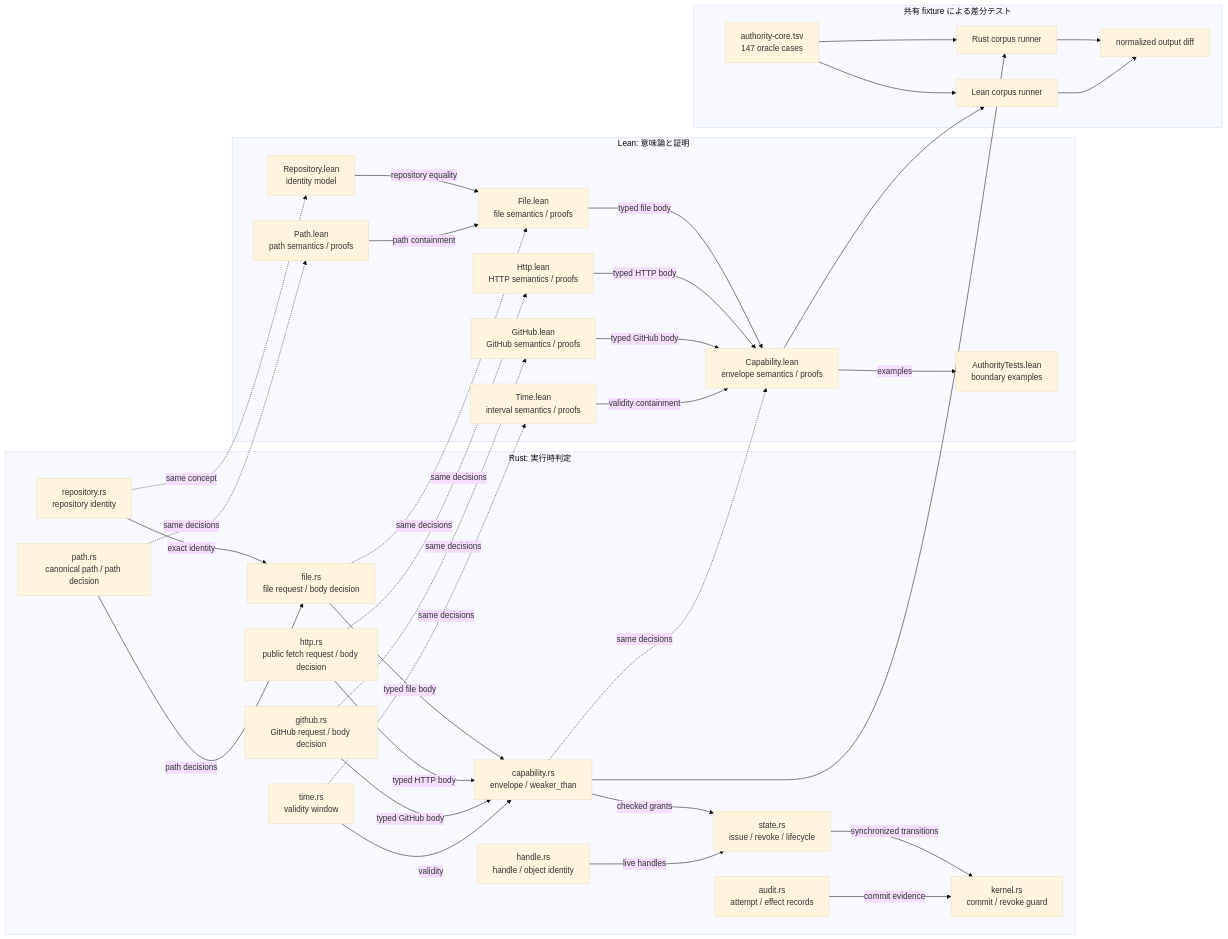
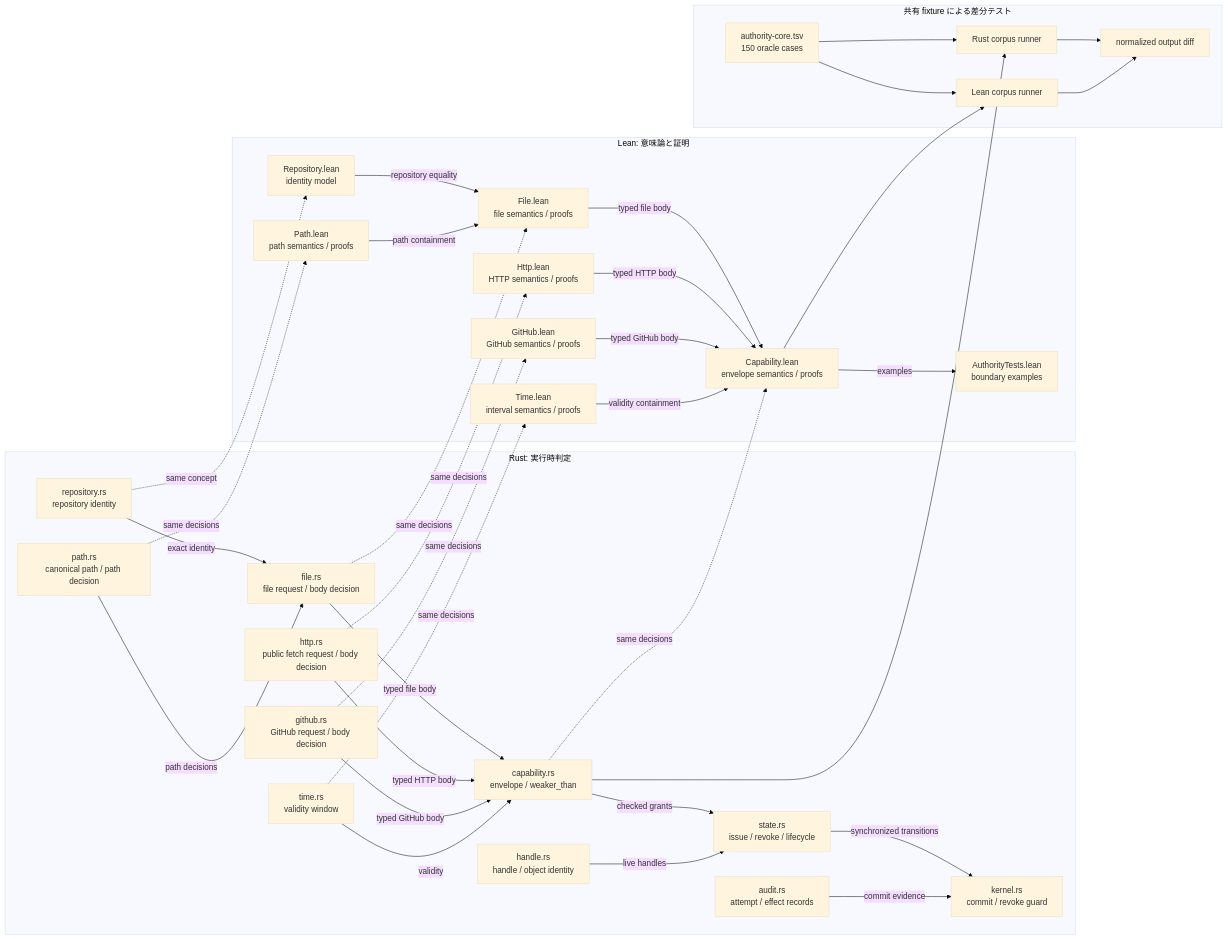
Before and after one commit to Aqua-218/SecCamp-AIAgent: the first of 2 diagrams in docs/authority-core/README.md, drawn with Mermaid (base theme). The commit also changed other lines of this file, not shown here.

Commit message:
docs(authority): update implementation overview

````diff
--- a/docs/authority-core/README.md
+++ b/docs/authority-core/README.md
@@ -28,65 +28,65 @@
 ```mermaid
 flowchart LR
     subgraph rust["Rust: 実行時判定"]
         rustRepo["repository.rs<br/>repository identity"]
         rustPath["path.rs<br/>canonical path / path decision"]
         rustFile["file.rs<br/>file request / body decision"]
         rustHttp["http.rs<br/>public fetch request / body decision"]
         rustGitHub["github.rs<br/>GitHub request / body decision"]
         rustTime["time.rs<br/>validity window"]
         rustCap["capability.rs<br/>envelope / weaker_than"]
         rustHandle["handle.rs<br/>handle / object identity"]
         rustState["state.rs<br/>issue / revoke / lifecycle"]
         rustAudit["audit.rs<br/>attempt / effect records"]
         rustKernel["kernel.rs<br/>commit / revoke guard"]
         rustRepo -->|"exact identity"| rustFile
         rustPath -->|"path decisions"| rustFile
         rustFile -->|"typed file body"| rustCap
         rustHttp -->|"typed HTTP body"| rustCap
         rustGitHub -->|"typed GitHub body"| rustCap
         rustTime -->|"validity"| rustCap
         rustCap -->|"checked grants"| rustState
         rustHandle -->|"live handles"| rustState
         rustState -->|"synchronized transitions"| rustKernel
         rustAudit -->|"commit evidence"| rustKernel
     end
 
     subgraph lean["Lean: 意味論と証明"]
         leanRepo["Repository.lean<br/>identity model"]
         leanPath["Path.lean<br/>path semantics / proofs"]
         leanFile["File.lean<br/>file semantics / proofs"]
         leanHttp["Http.lean<br/>HTTP semantics / proofs"]
         leanGitHub["GitHub.lean<br/>GitHub semantics / proofs"]
         leanTime["Time.lean<br/>interval semantics / proofs"]
         leanCap["Capability.lean<br/>envelope semantics / proofs"]
         leanTests["AuthorityTests.lean<br/>boundary examples"]
         leanRepo -->|"repository equality"| leanFile
         leanPath -->|"path containment"| leanFile
         leanFile -->|"typed file body"| leanCap
         leanHttp -->|"typed HTTP body"| leanCap
         leanGitHub -->|"typed GitHub body"| leanCap
         leanTime -->|"validity containment"| leanCap
         leanCap -->|"examples"| leanTests
     end
 
     subgraph differential["共有 fixture による差分テスト"]
-        corpus["authority-core.tsv<br/>147 oracle cases"]
+        corpus["authority-core.tsv<br/>150 oracle cases"]
         rustRunner["Rust corpus runner"]
         leanRunner["Lean corpus runner"]
         compare["normalized output diff"]
         corpus --> rustRunner
         corpus --> leanRunner
         rustRunner --> compare
         leanRunner --> compare
     end
 
     rustRepo -.->|"same concept"| leanRepo
     rustPath -.->|"same decisions"| leanPath
     rustFile -.->|"same decisions"| leanFile
     rustHttp -.->|"same decisions"| leanHttp
     rustGitHub -.->|"same decisions"| leanGitHub
     rustTime -.->|"same decisions"| leanTime
     rustCap -.->|"same decisions"| leanCap
     rustCap --> rustRunner
     leanCap --> leanRunner
 ```
````
